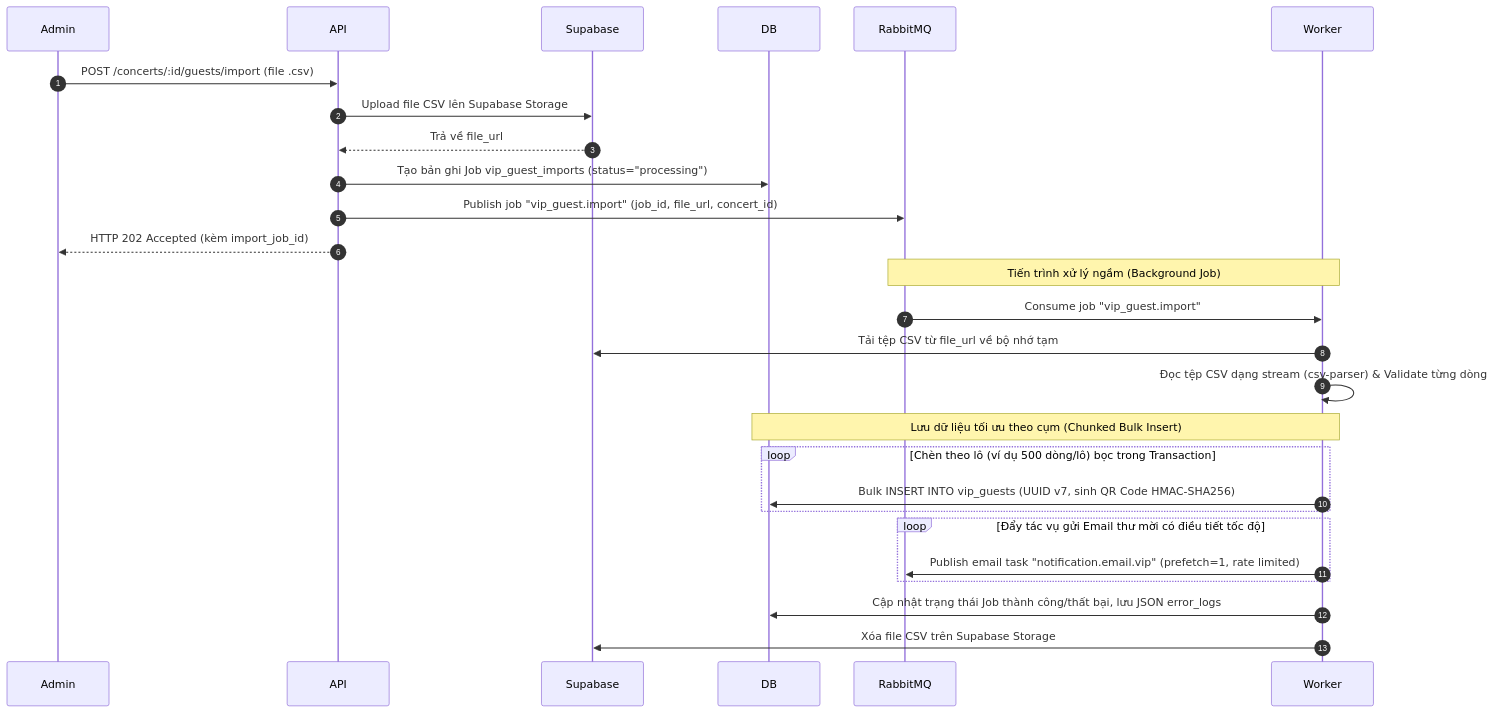
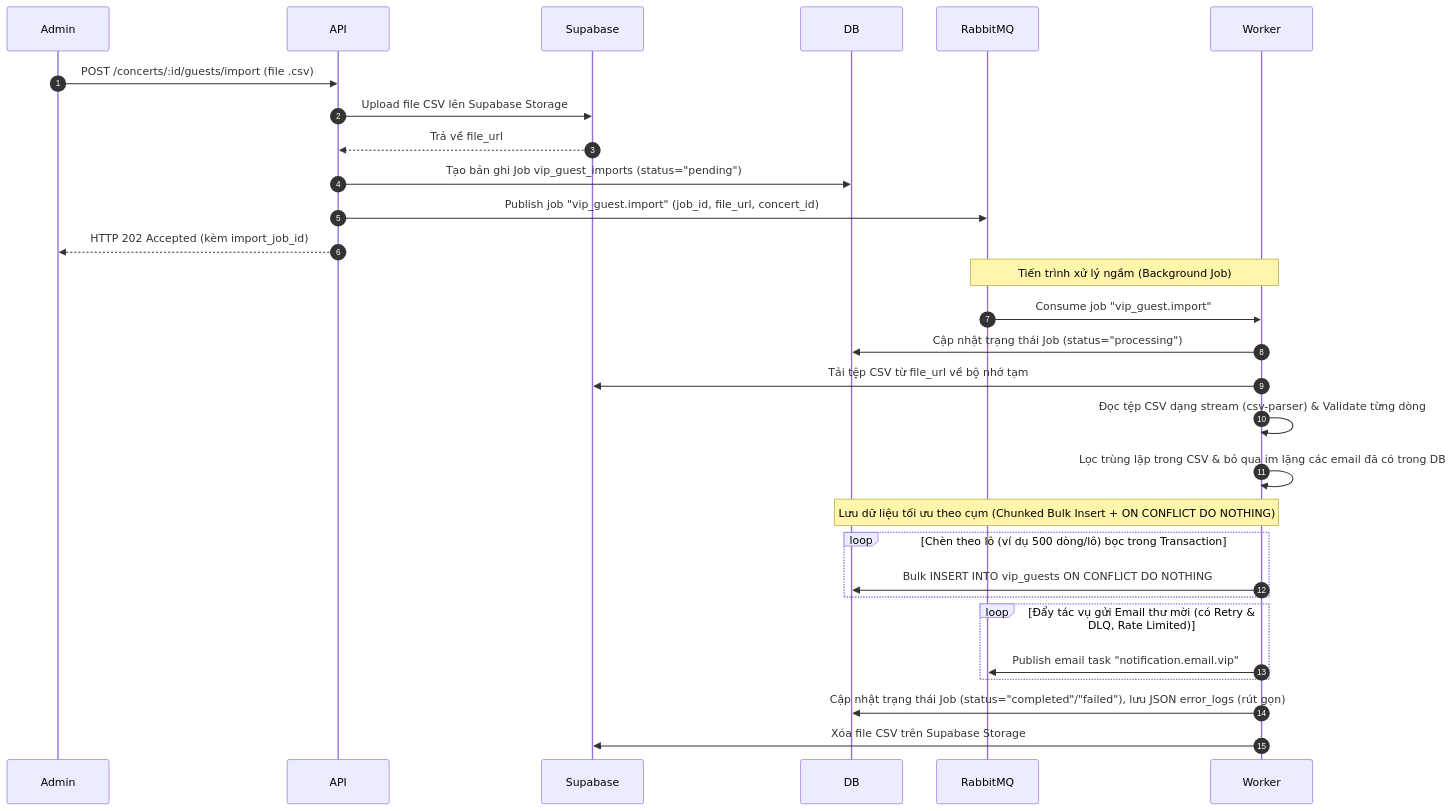
Before and after one commit to thuytranj/TicketBox: diagram 14 of 15 in docs/design.md, drawn with Mermaid. The commit also changed other lines of this file and 16 other files, not shown here.

Commit message:
feat(be): implement RabbitMQ dead-letter exchange, retry logic, and idempotent guest imports for VIP notification processing.

````diff
--- a/docs/design.md
+++ b/docs/design.md
@@ -1568,27 +1568,29 @@
 ```mermaid
 sequenceDiagram
     autonumber
     Admin->>API: POST /concerts/:id/guests/import (file .csv)
     API->>Supabase: Upload file CSV lên Supabase Storage
     Supabase-->>API: Trả về file_url
-    API->>DB: Tạo bản ghi Job vip_guest_imports (status="processing")
+    API->>DB: Tạo bản ghi Job vip_guest_imports (status="pending")
     API->>RabbitMQ: Publish job "vip_guest.import" (job_id, file_url, concert_id)
     API-->>Admin: HTTP 202 Accepted (kèm import_job_id)
 
     Note over RabbitMQ, Worker: Tiến trình xử lý ngầm (Background Job)
     RabbitMQ->>Worker: Consume job "vip_guest.import"
+    Worker->>DB: Cập nhật trạng thái Job (status="processing")
     Worker->>Supabase: Tải tệp CSV từ file_url về bộ nhớ tạm
     Worker->>Worker: Đọc tệp CSV dạng stream (csv-parser) & Validate từng dòng
+    Worker->>Worker: Lọc trùng lặp trong CSV & bỏ qua im lặng các email đã có trong DB
 
-    Note over Worker, DB: Lưu dữ liệu tối ưu theo cụm (Chunked Bulk Insert)
+    Note over Worker, DB: Lưu dữ liệu tối ưu theo cụm (Chunked Bulk Insert + ON CONFLICT DO NOTHING)
     loop Chèn theo lô (ví dụ 500 dòng/lô) bọc trong Transaction
-        Worker->>DB: Bulk INSERT INTO vip_guests (UUID v7, sinh QR Code HMAC-SHA256)
+        Worker->>DB: Bulk INSERT INTO vip_guests ON CONFLICT DO NOTHING
     end
 
-    loop Đẩy tác vụ gửi Email thư mời có điều tiết tốc độ
-        Worker->>RabbitMQ: Publish email task "notification.email.vip" (prefetch=1, rate limited)
+    loop Đẩy tác vụ gửi Email thư mời (có Retry & DLQ, Rate Limited)
+        Worker->>RabbitMQ: Publish email task "notification.email.vip"
     end
 
-    Worker->>DB: Cập nhật trạng thái Job thành công/thất bại, lưu JSON error_logs
+    Worker->>DB: Cập nhật trạng thái Job (status="completed"/"failed"), lưu JSON error_logs (rút gọn)
     Worker->>Supabase: Xóa file CSV trên Supabase Storage
 ```
````
